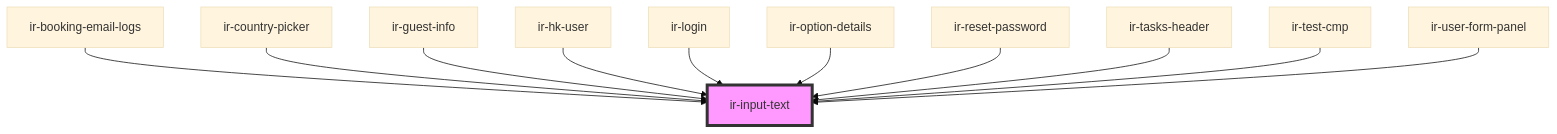
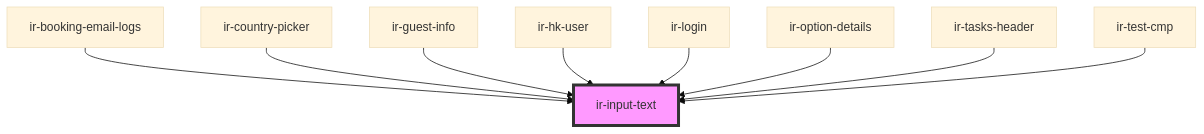
Before and after one commit to RonyRizk/ir-webcmp: the diagram in src/components/ui/ir-input-text/readme.md, drawn with Mermaid (base theme). The commit also changed other lines of this file and 45 other files, not shown here.

````diff
--- a/src/components/ui/ir-input-text/readme.md
+++ b/src/components/ui/ir-input-text/readme.md
@@ -118,14 +116,12 @@
 ```mermaid
 graph TD;
   ir-booking-email-logs --> ir-input-text
   ir-country-picker --> ir-input-text
   ir-guest-info --> ir-input-text
   ir-hk-user --> ir-input-text
   ir-login --> ir-input-text
   ir-option-details --> ir-input-text
-  ir-reset-password --> ir-input-text
   ir-tasks-header --> ir-input-text
   ir-test-cmp --> ir-input-text
-  ir-user-form-panel --> ir-input-text
   style ir-input-text fill:#f9f,stroke:#333,stroke-width:4px
 ```
````
